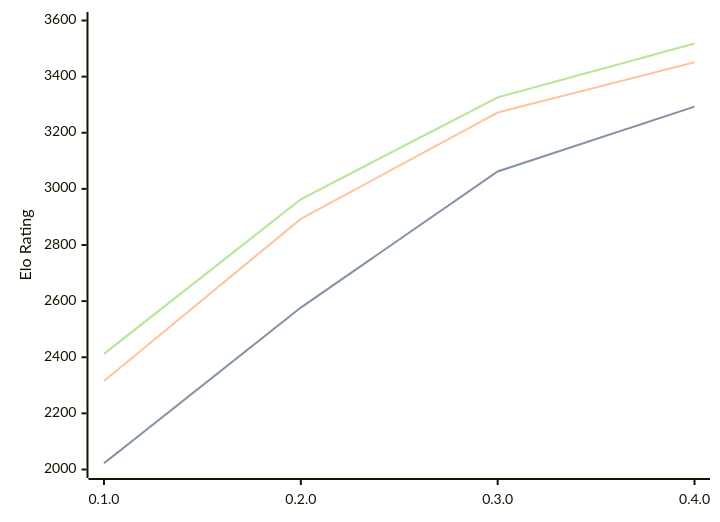
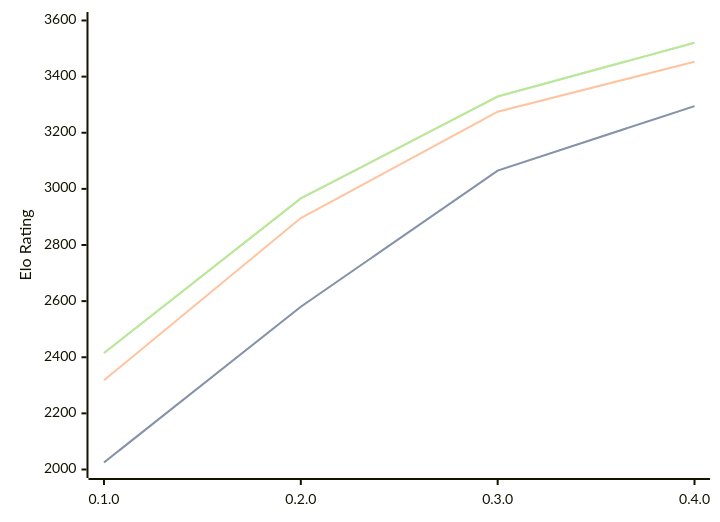
The diagram in engines/Justbot.md (computer-chess-index/cci), drawn with Mermaid before and after one commit. The commit also changed other lines of this file, not shown here.

Commit message:
Update CCI Ratings (ELO VLTC) - 2026-09-24

````diff
--- a/engines/Justbot.md
+++ b/engines/Justbot.md
@@ -34,11 +34,11 @@
 ```mermaid
 %%{init: {"theme":"base","themeVariables":{"seriesColors:['#a3a3a3','#222221','#faa371']}}}%%
 xychart-beta
   x-axis ["0.1.0", "0.2.0", "0.3.0", "0.4.0"]
   y-axis "Elo Rating" 2000 --> 3600
-  line "" [2022, 2577, 3062, 3293]
-  line "STC (8.0+0.08s)" [2022, 2577, 3062, 3293]
-  line "LTC (60.0+0.60s)" [2315, 2893, 3272, 3451]
-  line "" [2412, 2963, 3326, 3518]
-  line "VLTC (2m24s+1.12s)" [2412, 2963, 3326, 3518]
+  line "" [2025, 2580, 3065, 3295]
+  line "STC (8.0+0.08s)" [2025, 2580, 3065, 3295]
+  line "LTC (60.0+0.60s)" [2318, 2896, 3275, 3453]
+  line "" [2415, 2966, 3329, 3521]
+  line "VLTC (2m24s+1.12s)" [2415, 2966, 3329, 3521]
 ```
````
